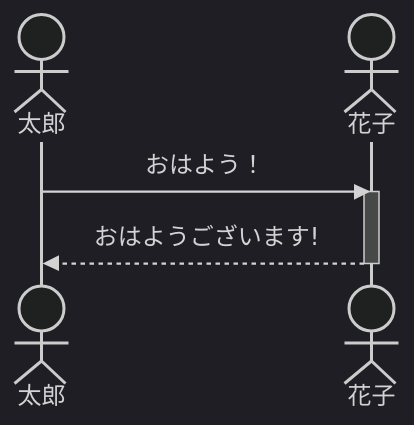
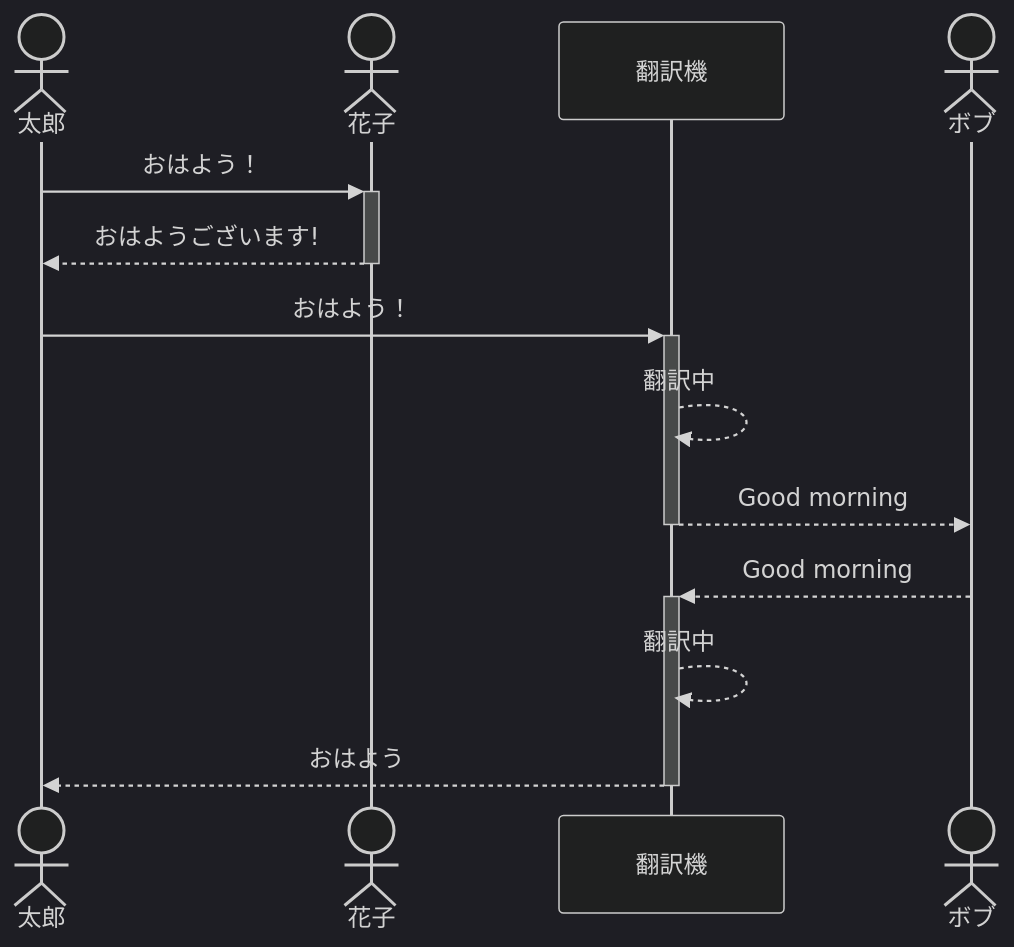
Before and after one commit to tpu-game-2023/mermaid_test: the second of 3 diagrams in README.md, drawn with Mermaid (dark theme).

Commit message:
シーケンス図完成

````diff
--- a/README.md
+++ b/README.md
@@ -49,9 +49,15 @@
 ```mermaid
 sequenceDiagram
     actor 太郎
     actor 花子
-    太郎->>花子: おはよう！
-    activate 花子
-    花子-->>太郎: おはようございます!
-    deactivate 花子
+    participant 翻訳機
+    actor ボブ
+    太郎->>+花子: おはよう！
+    花子-->>-太郎: おはようございます!
+    太郎->>+翻訳機: おはよう！
+    翻訳機-->>翻訳機: 翻訳中
+    翻訳機-->>-ボブ:Good morning
+    ボブ-->>+翻訳機:Good morning
+    翻訳機-->>翻訳機: 翻訳中
+    翻訳機-->>-太郎: おはよう
 ```
````
